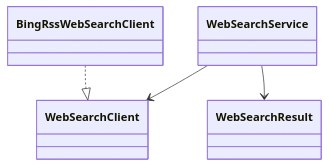
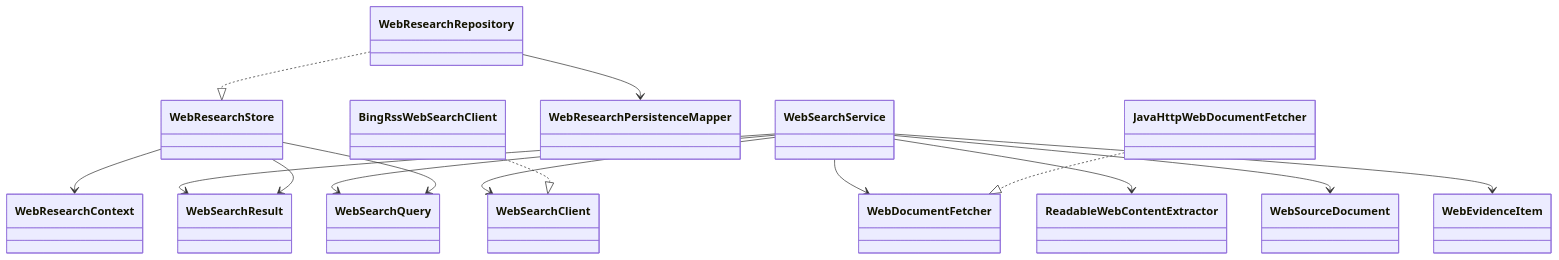
One commit to funjson/meta-agent changed the diagram in backend/src/main/java/com/funjson/metaagent/websearch/README.md. Above: the diagram before and after it, drawn with Mermaid. The commit also changed other lines of this file and 76 other files, not shown here.

Commit message:
Implement web research and weather tooling

````diff
--- a/backend/src/main/java/com/funjson/metaagent/websearch/README.md
+++ b/backend/src/main/java/com/funjson/metaagent/websearch/README.md
@@ -17,6 +18,17 @@
 ```mermaid
 classDiagram
   WebSearchService --> WebSearchClient
+  WebSearchService --> WebDocumentFetcher
+  WebSearchService --> ReadableWebContentExtractor
+  WebResearchRepository ..|> WebResearchStore
+  WebResearchRepository --> WebResearchPersistenceMapper
   BingRssWebSearchClient ..|> WebSearchClient
+  JavaHttpWebDocumentFetcher ..|> WebDocumentFetcher
+  WebSearchService --> WebSearchQuery
   WebSearchService --> WebSearchResult
+  WebSearchService --> WebSourceDocument
+  WebSearchService --> WebEvidenceItem
+  WebResearchStore --> WebResearchContext
+  WebResearchStore --> WebSearchResult
+  WebResearchStore --> WebSearchQuery
 ```
````
